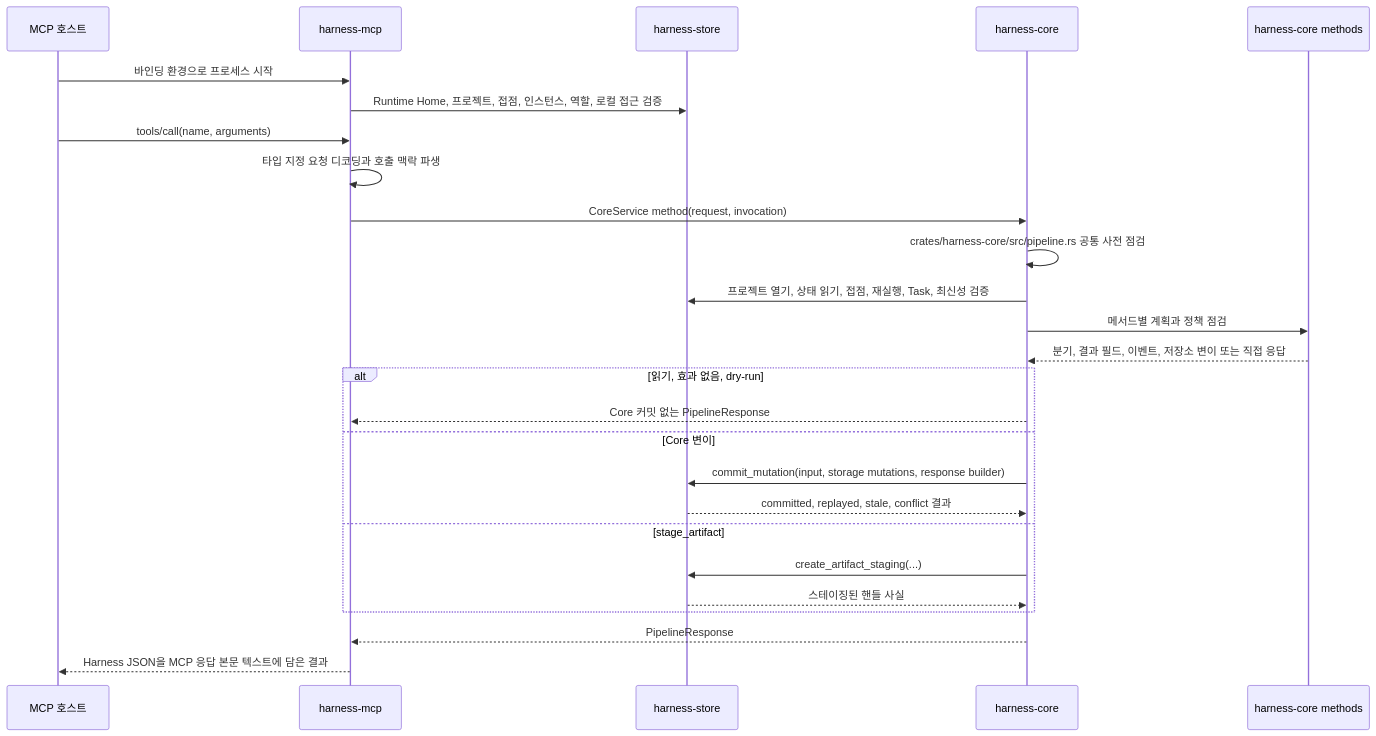
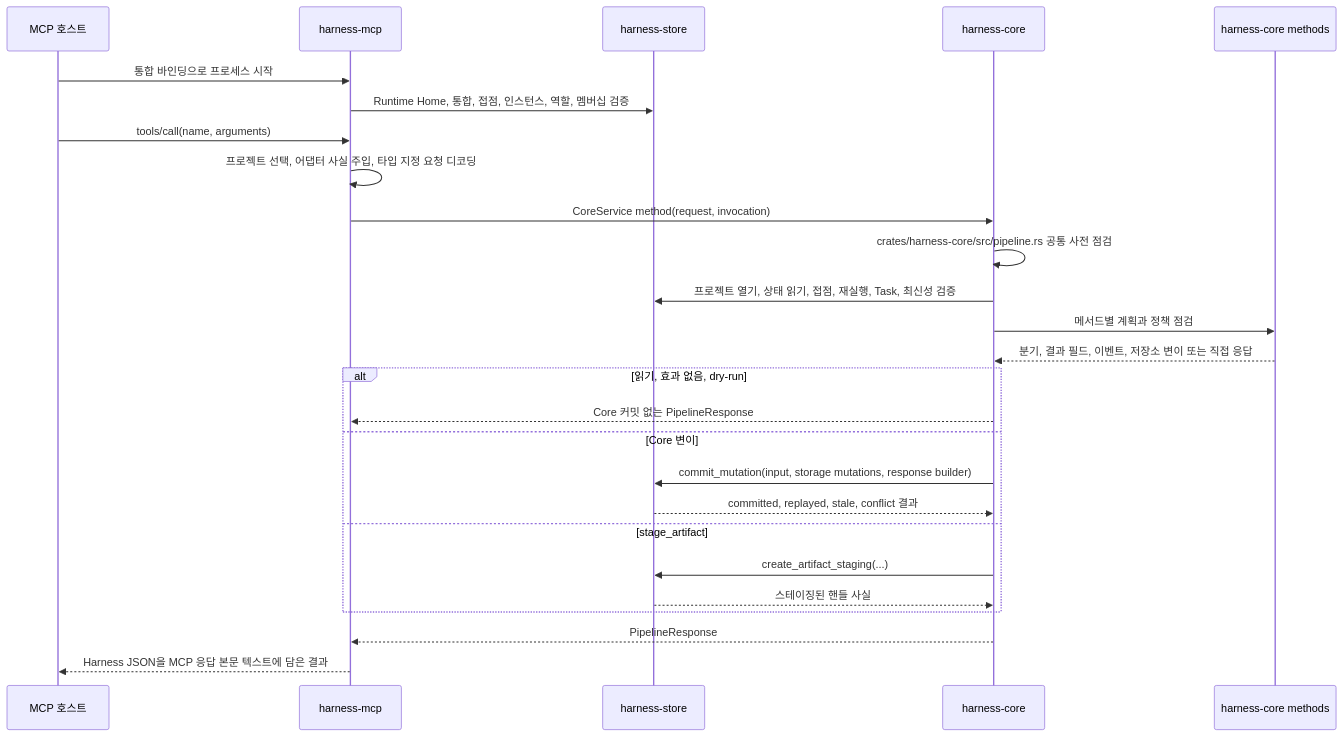
Before and after one commit to minjungw00/Volicord: the third of 3 diagrams in docs/ko/development/architecture.md, drawn with Mermaid. The commit also changed other lines of this file and 5 other files, not shown here.

````diff
--- a/docs/ko/development/architecture.md
+++ b/docs/ko/development/architecture.md
@@ -159,29 +159,29 @@
 ```mermaid
 sequenceDiagram
   participant Host as MCP 호스트
   participant MCP as harness-mcp
   participant Store as harness-store
   participant Core as harness-core
   participant Method as harness-core methods
 
-  Host->>MCP: 바인딩 환경으로 프로세스 시작
-  MCP->>Store: Runtime Home, 프로젝트, 접점, 인스턴스, 역할, 로컬 접근 검증
+  Host->>MCP: 통합 바인딩으로 프로세스 시작
+  MCP->>Store: Runtime Home, 통합, 접점, 인스턴스, 역할, 멤버십 검증
   Host->>MCP: tools/call(name, arguments)
-  MCP->>MCP: 타입 지정 요청 디코딩과 호출 맥락 파생
+  MCP->>MCP: 프로젝트 선택, 어댑터 사실 주입, 타입 지정 요청 디코딩
   MCP->>Core: CoreService method(request, invocation)
   Core->>Core: crates/harness-core/src/pipeline.rs 공통 사전 점검
   Core->>Store: 프로젝트 열기, 상태 읽기, 접점, 재실행, Task, 최신성 검증
   Core->>Method: 메서드별 계획과 정책 점검
   Method-->>Core: 분기, 결과 필드, 이벤트, 저장소 변이 또는 직접 응답
   alt 읽기, 효과 없음, dry-run
     Core-->>MCP: Core 커밋 없는 PipelineResponse
   else Core 변이
     Core->>Store: commit_mutation(input, storage mutations, response builder)
     Store-->>Core: committed, replayed, stale, conflict 결과
   else stage_artifact
     Core->>Store: create_artifact_staging(...)
     Store-->>Core: 스테이징된 핸들 사실
   end
   Core-->>MCP: PipelineResponse
   MCP-->>Host: Harness JSON을 MCP 응답 본문 텍스트에 담은 결과
 ```
````
